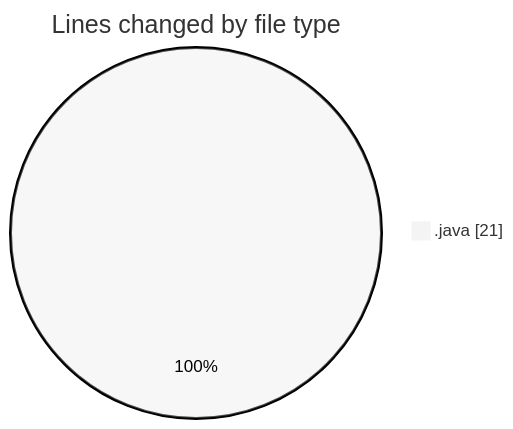
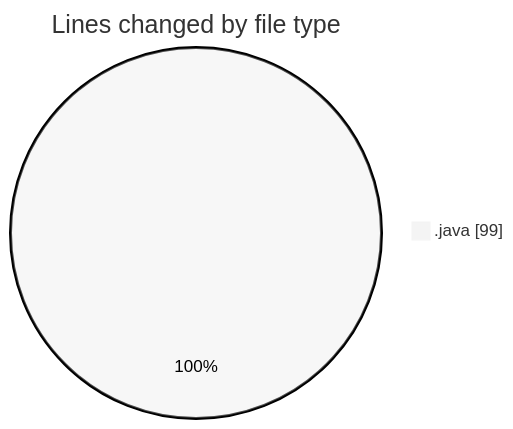
Before and after one commit to charlie-sans/code-tracking: the first of 2 diagrams in 2025-02-19/masm/README.md, drawn with Mermaid (neutral theme). The commit also changed other lines of this file and 1 other file, not shown here.

````diff
--- a/2025-02-19/masm/README.md
+++ b/2025-02-19/masm/README.md
@@ -20,5 +21,5 @@
 ```mermaid
 pie showData
 title Lines changed by file type
-".java" : 21
+".java" : 99
 ```
````
